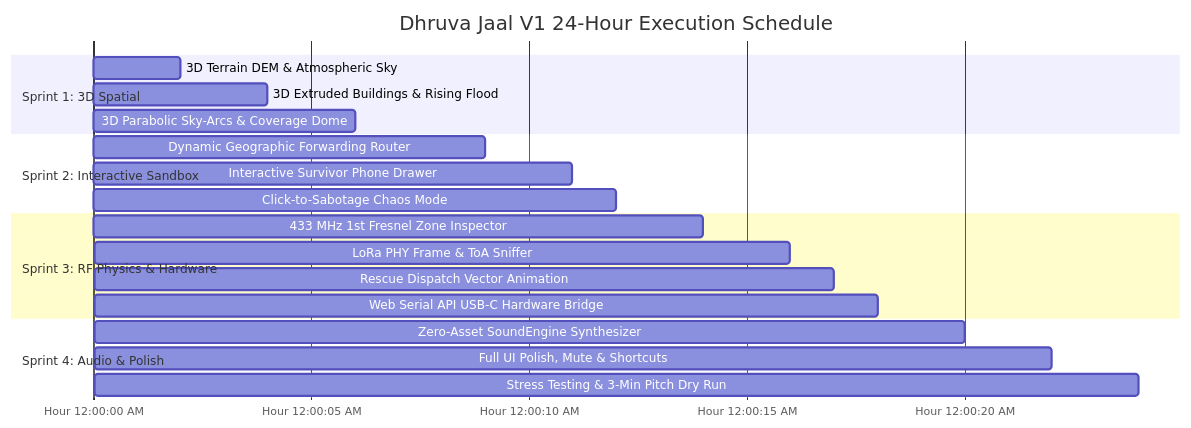
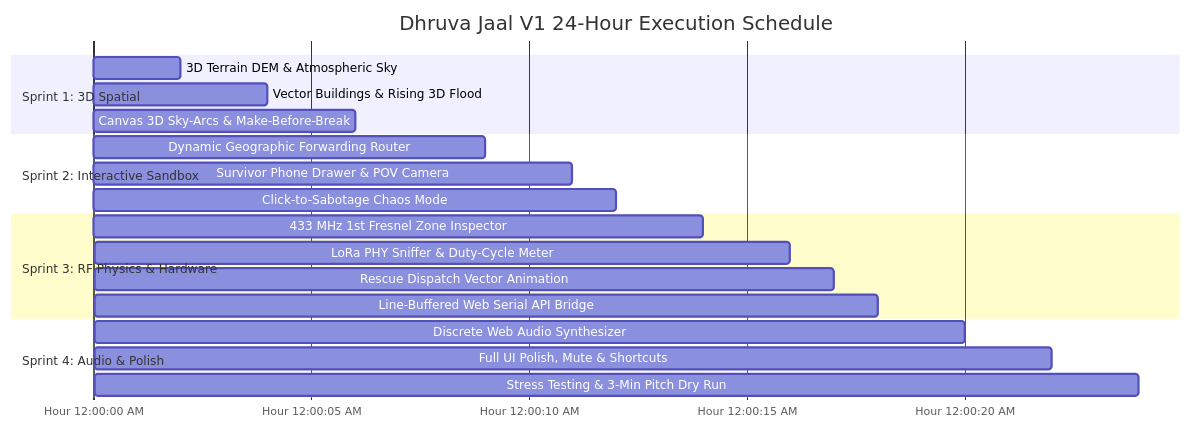
The diagram in development_plan.md (CodeCrafterAdi2006/dhruva_jaal), drawn with Mermaid before and after one commit. The commit also changed other lines of this file, not shown here.

````diff
--- a/development_plan.md
+++ b/development_plan.md
@@ -51,23 +67,23 @@
 ```mermaid
 gantt
     title Dhruva Jaal V1 24-Hour Execution Schedule
     dateFormat  X
     axisFormat  Hour %X
     section Sprint 1: 3D Spatial
     3D Terrain DEM & Atmospheric Sky      :0, 2
-    3D Extruded Buildings & Rising Flood  :2, 4
-    3D Parabolic Sky-Arcs & Coverage Dome :4, 6
+    Vector Buildings & Rising 3D Flood    :2, 4
+    Canvas 3D Sky-Arcs & Make-Before-Break:4, 6
     section Sprint 2: Interactive Sandbox
     Dynamic Geographic Forwarding Router  :6, 9
-    Interactive Survivor Phone Drawer     :9, 11
+    Survivor Phone Drawer & POV Camera    :9, 11
     Click-to-Sabotage Chaos Mode          :11, 12
     section Sprint 3: RF Physics & Hardware
     433 MHz 1st Fresnel Zone Inspector    :12, 14
-    LoRa PHY Frame & ToA Sniffer          :14, 16
+    LoRa PHY Sniffer & Duty-Cycle Meter   :14, 16
     Rescue Dispatch Vector Animation      :16, 17
-    Web Serial API USB-C Hardware Bridge  :17, 18
+    Line-Buffered Web Serial API Bridge   :17, 18
     section Sprint 4: Audio & Polish
-    Zero-Asset SoundEngine Synthesizer    :18, 20
+    Discrete Web Audio Synthesizer        :18, 20
     Full UI Polish, Mute & Shortcuts      :20, 22
     Stress Testing & 3-Min Pitch Dry Run  :22, 24
 ```
````
